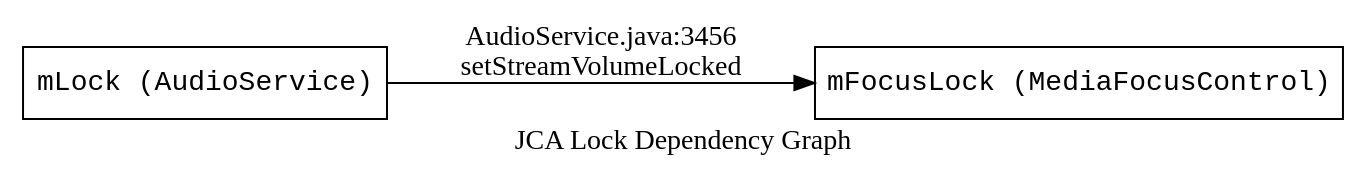
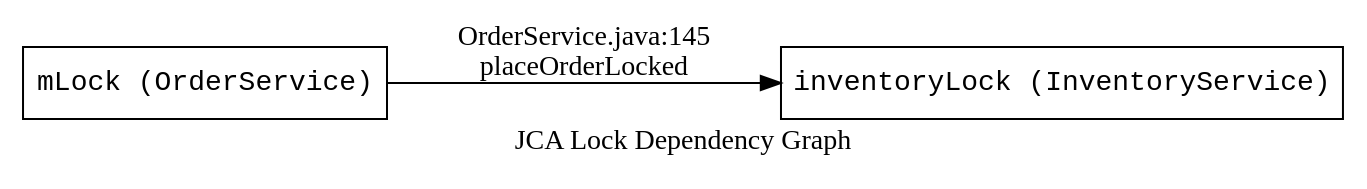
The diagram in .github/skills/jca-analyze/agents/jca-diagram-generator-agent.md (hiep127/java-deadlock-analyzer), drawn with Graphviz before and after one commit. The commit also changed other lines of this file and 17 other files, not shown here.

````diff
--- a/.github/skills/jca-analyze/agents/jca-diagram-generator-agent.md
+++ b/.github/skills/jca-analyze/agents/jca-diagram-generator-agent.md
@@ -98,8 +120,8 @@
 ```dot
 digraph LockDependency {
   rankdir=LR;
   label="JCA Lock Dependency Graph";
   node [shape=box, fontname="monospace"];
-  "mLock (AudioService)" -> "mFocusLock (MediaFocusControl)" [label="AudioService.java:3456\nsetStreamVolumeLocked"];
+  "mLock (OrderService)" -> "inventoryLock (InventoryService)" [label="OrderService.java:145\nplaceOrderLocked"];
 }
 ```
````
